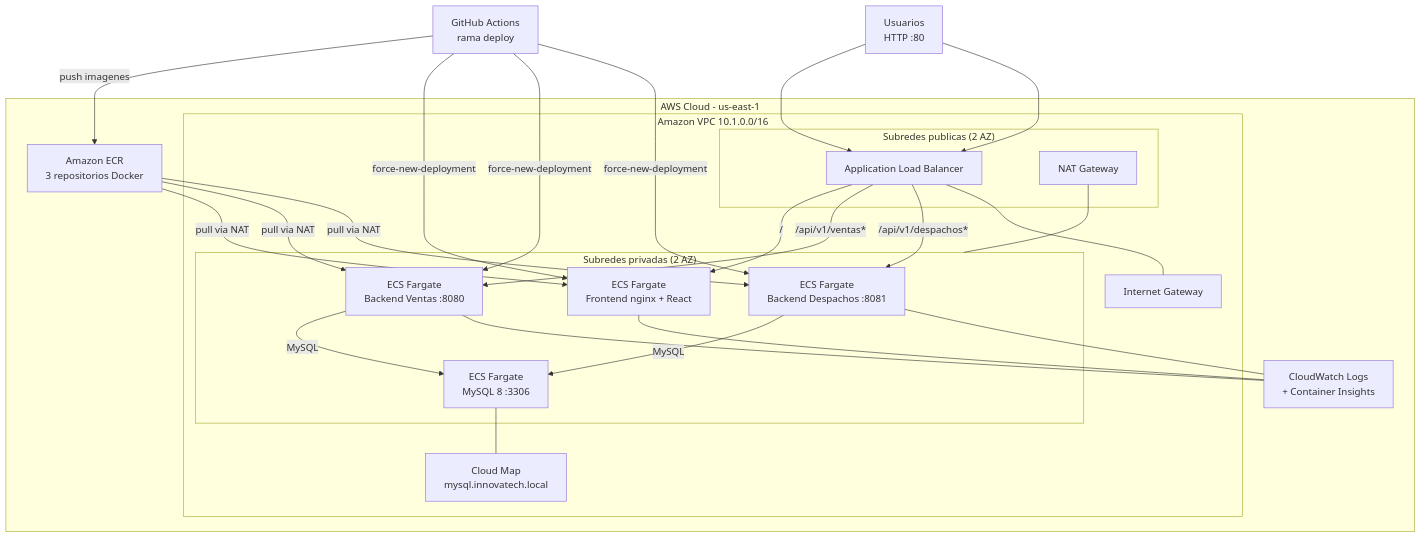
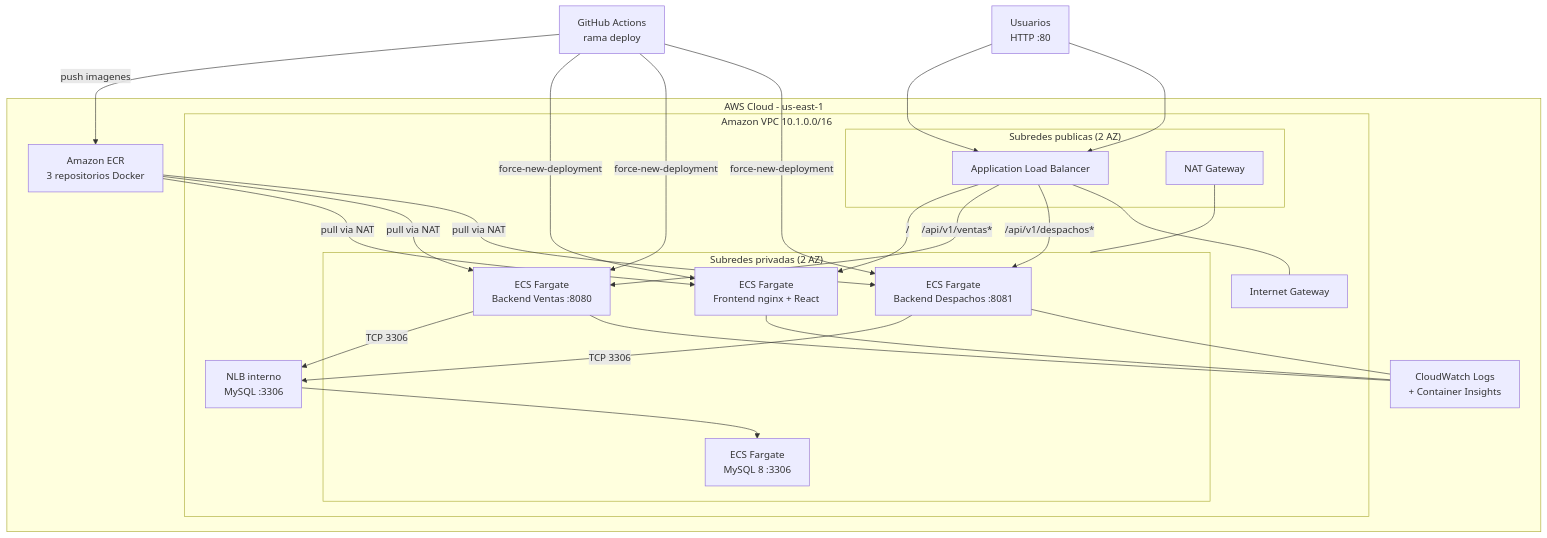
Before and after one commit to MonserratHL/Devops-EV2: the diagram in README.md, drawn with Mermaid. The commit also changed other lines of this file, not shown here.

First line of the commit message:
Actualiza README con arquitectura NLB y flujo ECS actual.

````diff
--- a/README.md
+++ b/README.md
@@ -24,43 +25,43 @@
 ```mermaid
 flowchart TB
     U["Usuarios<br/>HTTP :80"] --> ALB
 
     subgraph AWS["AWS Cloud - us-east-1"]
         subgraph VPC["Amazon VPC 10.1.0.0/16"]
             subgraph PUB["Subredes publicas (2 AZ)"]
                 ALB["Application Load Balancer"]
                 NAT["NAT Gateway"]
             end
             subgraph PRIV["Subredes privadas (2 AZ)"]
                 FE["ECS Fargate<br/>Frontend nginx + React"]
                 BV["ECS Fargate<br/>Backend Ventas :8080"]
                 BD["ECS Fargate<br/>Backend Despachos :8081"]
                 DB["ECS Fargate<br/>MySQL 8 :3306"]
             end
-            CM["Cloud Map<br/>mysql.innovatech.local"]
+            NLB["NLB interno<br/>MySQL :3306"]
             IGW["Internet Gateway"]
         end
         ECR["Amazon ECR<br/>3 repositorios Docker"]
         CW["CloudWatch Logs<br/>+ Container Insights"]
     end
 
     GHA["GitHub Actions<br/>rama deploy"] -->|push imagenes| ECR
     GHA -->|force-new-deployment| FE
     GHA -->|force-new-deployment| BV
     GHA -->|force-new-deployment| BD
     ECR -->|pull via NAT| FE
     ECR -->|pull via NAT| BV
     ECR -->|pull via NAT| BD
     ALB -->|"/"| FE
     ALB -->|"/api/v1/ventas*"| BV
     ALB -->|"/api/v1/despachos*"| BD
-    BV -->|MySQL| DB
-    BD -->|MySQL| DB
-    DB --- CM
+    BV -->|TCP 3306| NLB
+    BD -->|TCP 3306| NLB
+    NLB --> DB
     FE --- CW
     BV --- CW
     BD --- CW
     U --> ALB
     NAT --- PRIV
     ALB --- IGW
 ```
````
